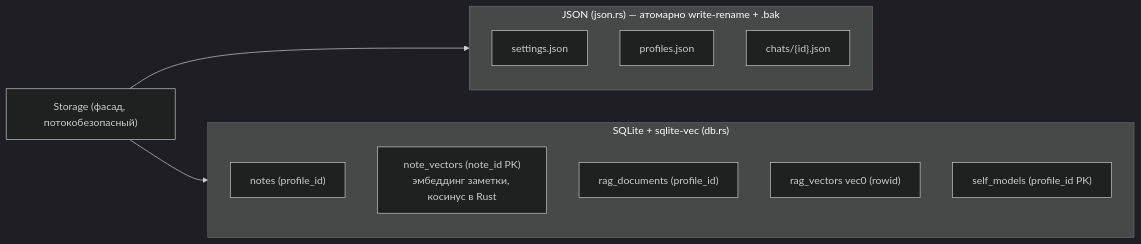
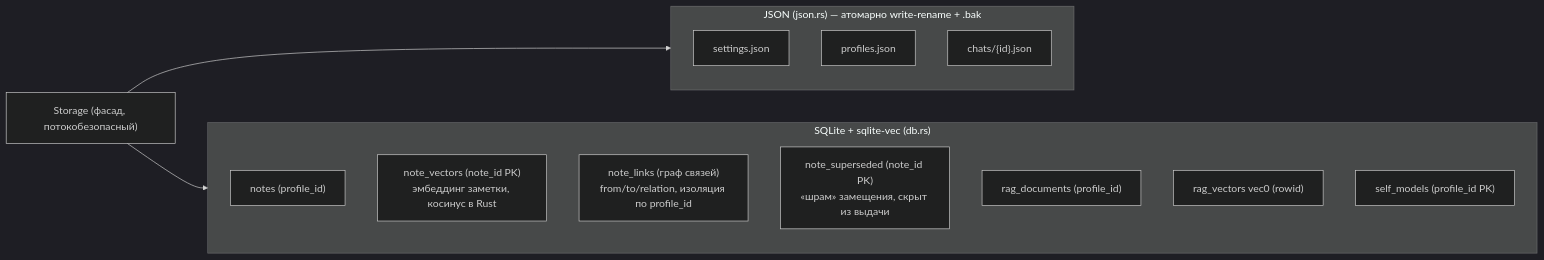
One commit to vshylov/mindfork-rs changed the ninth of 12 diagrams in docs/architecture.md. Above: the diagram before and after it, drawn with Mermaid (dark theme). The commit also changed other lines of this file and 5 other files, not shown here.

First line of the commit message:
feat(notes): связность заметок — Ярус 2 (граф связей + ревизионная история)

````diff
--- a/docs/architecture.md
+++ b/docs/architecture.md
@@ -534,18 +534,20 @@
 ```mermaid
 flowchart LR
     STORE["Storage (фасад, потокобезопасный)"]
     subgraph JSON["JSON (json.rs) — атомарно write-rename + .bak"]
         SET["settings.json"]
         PRO["profiles.json"]
         CHATS["chats/{id}.json"]
     end
     subgraph DB["SQLite + sqlite-vec (db.rs)"]
         NOTES["notes (profile_id)"]
         NV["note_vectors (note_id PK)<br/>эмбеддинг заметки, косинус в Rust"]
+        NL["note_links (граф связей)<br/>from/to/relation, изоляция по profile_id"]
+        NSUP["note_superseded (note_id PK)<br/>«шрам» замещения, скрыт из выдачи"]
         RAGD["rag_documents (profile_id)"]
         VEC["rag_vectors vec0 (rowid)"]
         SELF["self_models (profile_id PK)"]
     end
     STORE --> JSON
     STORE --> DB
 ```
````
